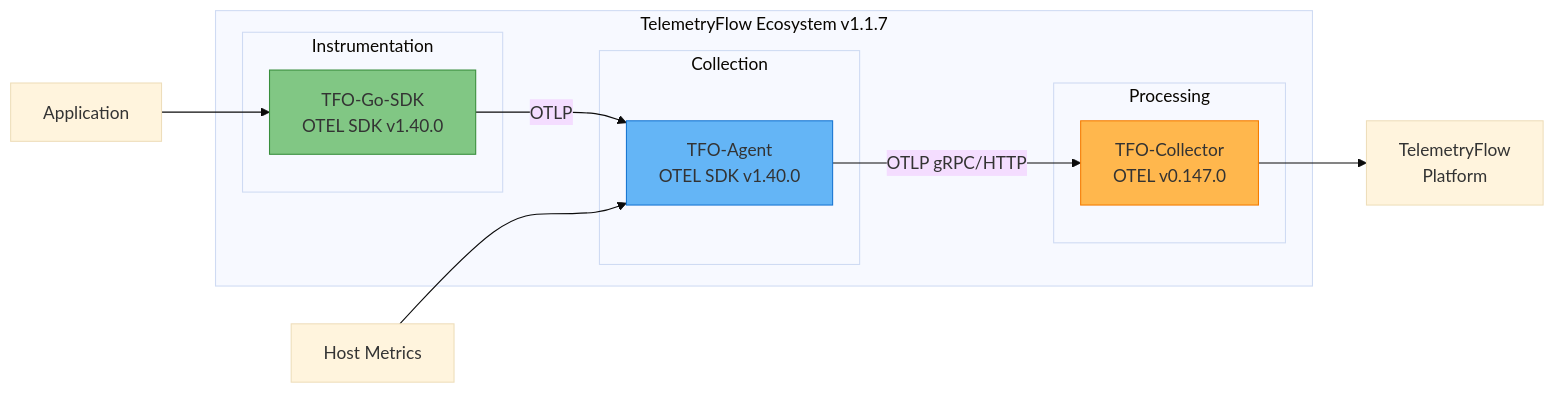
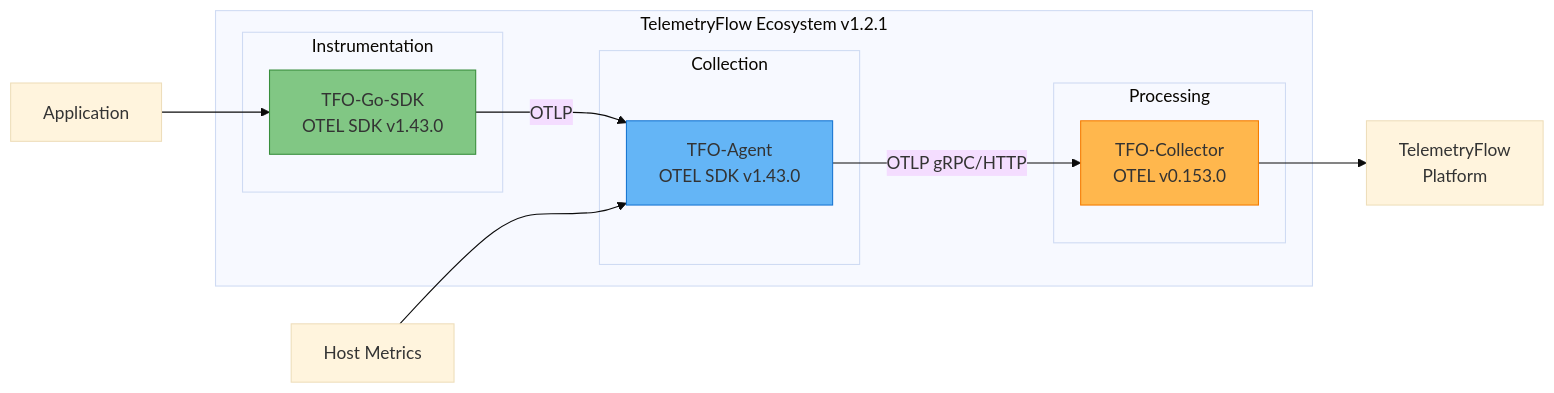
The first of 3 diagrams in docs/README.md (telemetryflow/telemetryflow-agent), drawn with Mermaid (base theme) before and after one commit. The commit also changed other lines of this file and 395 other files, not shown here.

Commit message:
feat: TFO-Agent for Cache & Queque Monitoring

````diff
--- a/docs/README.md
+++ b/docs/README.md
@@ -29,26 +29,26 @@
 ```mermaid
 graph LR
-    subgraph "TelemetryFlow Ecosystem v1.1.7"
+    subgraph "TelemetryFlow Ecosystem v1.2.1"
         subgraph "Instrumentation"
-            SDK[TFO-Go-SDK<br/>OTEL SDK v1.40.0]
+            SDK[TFO-Go-SDK<br/>OTEL SDK v1.43.0]
         end
 
         subgraph "Collection"
-            AGENT[TFO-Agent<br/>OTEL SDK v1.40.0]
+            AGENT[TFO-Agent<br/>OTEL SDK v1.43.0]
         end
 
         subgraph "Processing"
-            COLLECTOR[TFO-Collector<br/>OTEL v0.147.0]
+            COLLECTOR[TFO-Collector<br/>OTEL v0.153.0]
         end
     end
 
     APP[Application] --> SDK
     SDK -->|OTLP| AGENT
     HOST[Host Metrics] --> AGENT
     AGENT -->|OTLP gRPC/HTTP| COLLECTOR
     COLLECTOR --> BACKEND[TelemetryFlow<br/>Platform]
 
     style SDK fill:#81C784,stroke:#388E3C
     style AGENT fill:#64B5F6,stroke:#1976D2
     style COLLECTOR fill:#FFB74D,stroke:#F57C00
 ```
````
